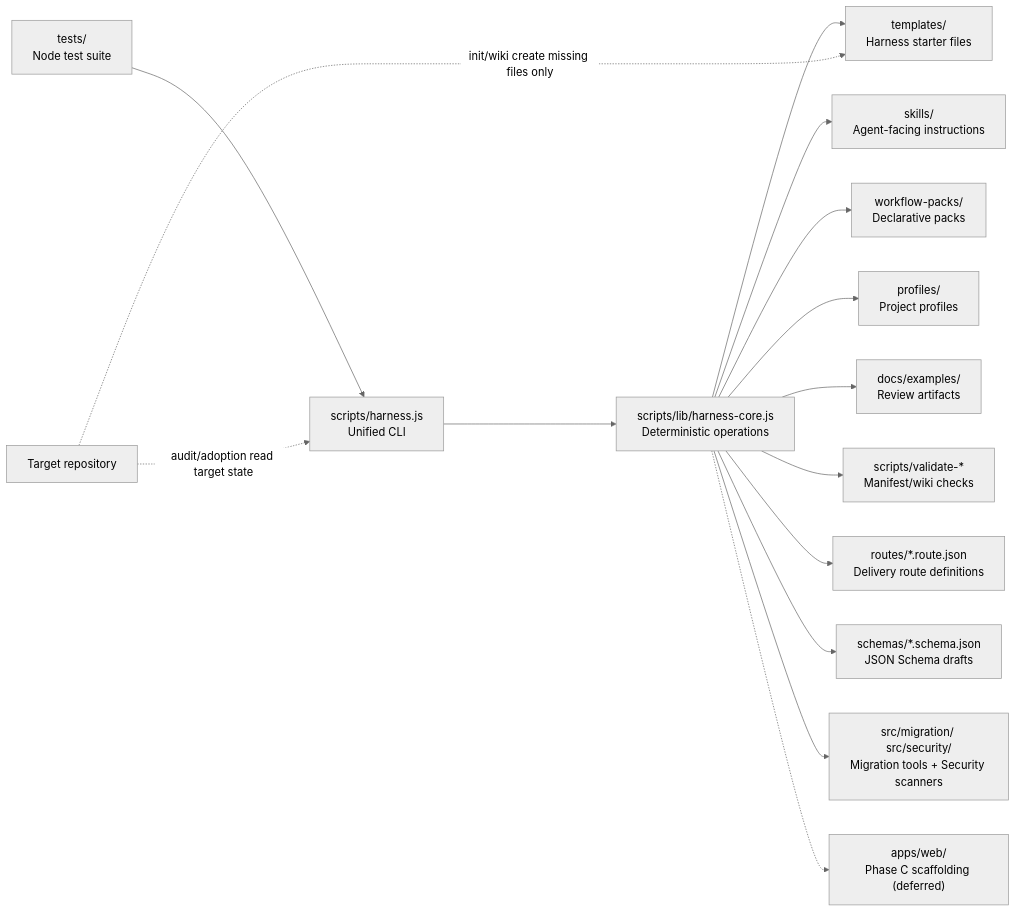
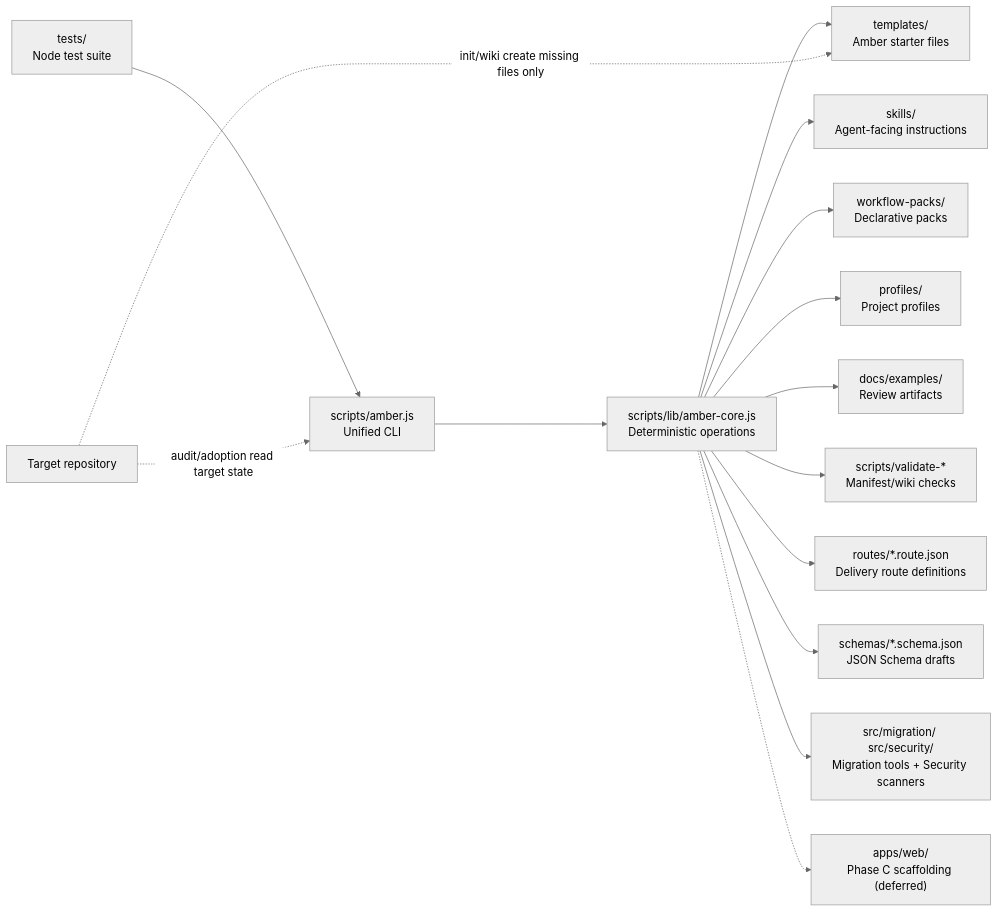
Before and after one commit to Bandersnatch0x/amber-protocol: the diagram in README.md, drawn with Mermaid (neutral theme). The commit also changed other lines of this file and 3 other files, not shown here.

````diff
--- a/README.md
+++ b/README.md
@@ -33,18 +33,18 @@
 ```mermaid
 flowchart LR
-  CLI["scripts/harness.js<br/>Unified CLI"] --> Core["scripts/lib/harness-core.js<br/>Deterministic operations"]
-  Core --> Templates["templates/<br/>Harness starter files"]
+  CLI["scripts/amber.js<br/>Unified CLI"] --> Core["scripts/lib/amber-core.js<br/>Deterministic operations"]
+  Core --> Templates["templates/<br/>Amber starter files"]
   Core --> Skills["skills/<br/>Agent-facing instructions"]
   Core --> Packs["workflow-packs/<br/>Declarative packs"]
   Core --> Profiles["profiles/<br/>Project profiles"]
   Core --> Examples["docs/examples/<br/>Review artifacts"]
   Core --> Validators["scripts/validate-*<br/>Manifest/wiki checks"]
   Core --> Routes["routes/*.route.json<br/>Delivery route definitions"]
   Core --> Schemas["schemas/*.schema.json<br/>JSON Schema drafts"]
   Core --> PhaseB["src/migration/ src/security/<br/>Migration tools + Security scanners"]
   Core -.-> Web["apps/web/<br/>Phase C scaffolding (deferred)"]
   Tests["tests/<br/>Node test suite"] --> CLI
 
   Target["Target repository"] -. "init/wiki create missing files only" .-> Templates
   Target -. "audit/adoption read target state" .-> CLI
 ```
````
